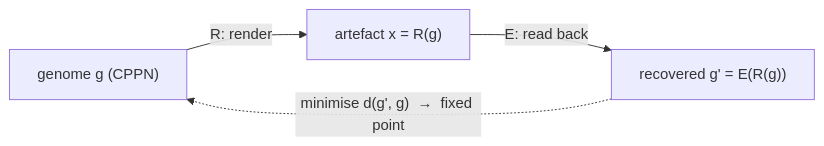
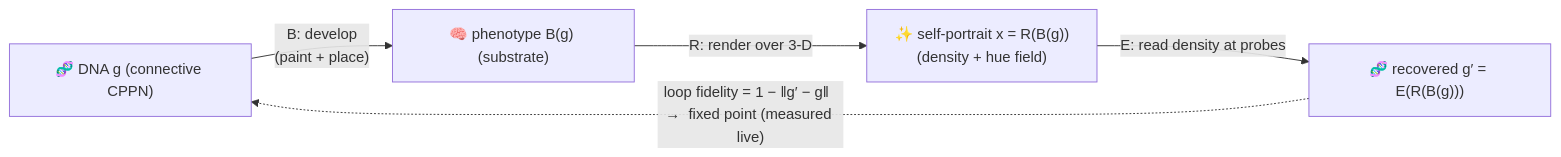
Before and after one commit to admiralakber/autograph: the diagram in docs/WHITEPAPER.md, drawn with Mermaid. The commit also changed other lines of this file and 3 other files, not shown here.

````diff
--- a/docs/WHITEPAPER.md
+++ b/docs/WHITEPAPER.md
@@ -55,6 +56,7 @@
 ```mermaid
 flowchart LR
-  G["genome g (CPPN)"] -->|"R: render"| X["artefact x = R(g)"]
-  X -->|"E: read back"| G2["recovered g' = E(R(g))"]
-  G2 -. "minimise d(g', g)  →  fixed point" .-> G
+  G["🧬 DNA g (connective CPPN)"] -->|"B: develop<br/>(paint + place)"| P["🧠 phenotype B(g) (substrate)"]
+  P -->|"R: render over 3-D"| X["✨ self-portrait x = R(B(g))<br/>(density + hue field)"]
+  X -->|"E: read density at probes"| G2["🧬 recovered g′ = E(R(B(g)))"]
+  G2 -. "loop fidelity = 1 − ‖g′ − g‖  →  fixed point (measured live)" .-> G
 ```
````
